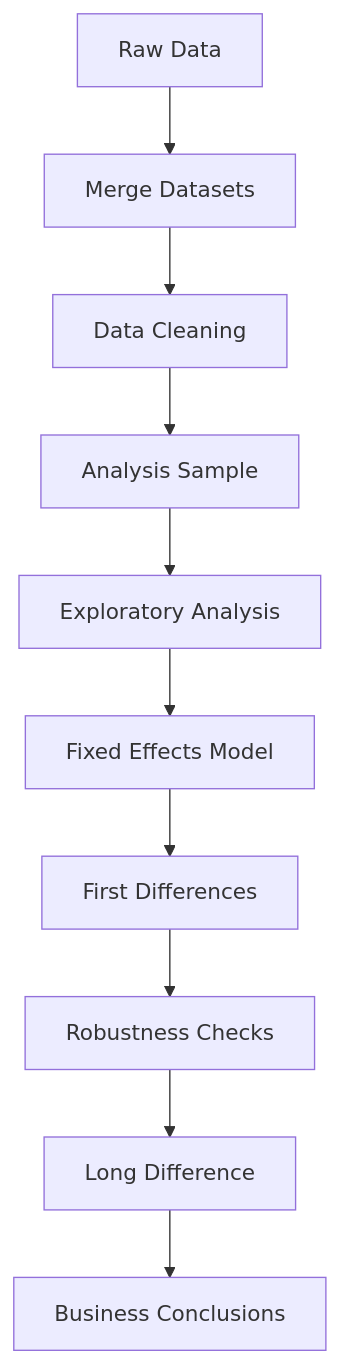
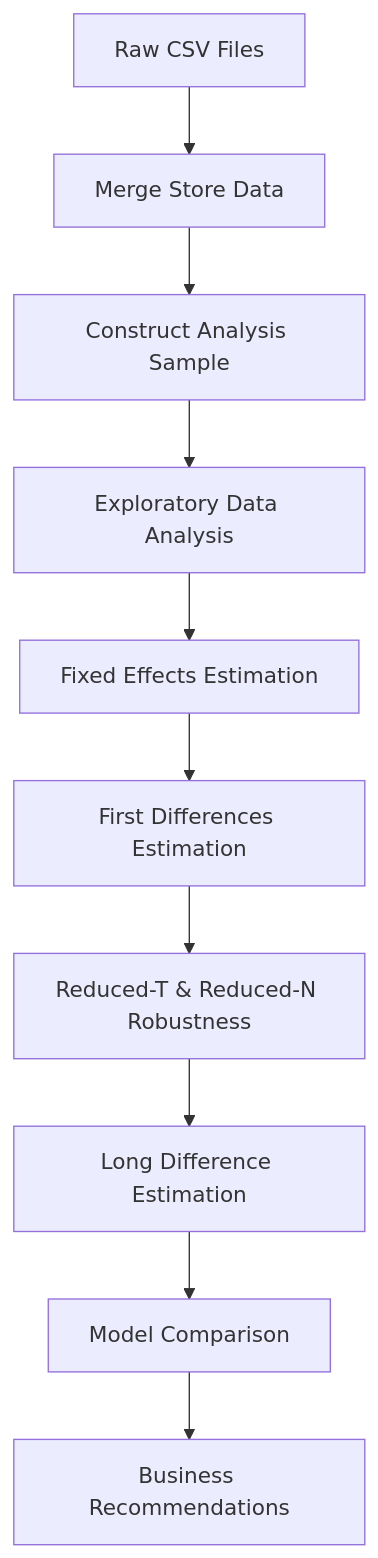
The diagram in README.md (papavrontosk/retail-ai-causal-analysis), drawn with Mermaid before and after one commit.

````diff
--- a/README.md
+++ b/README.md
@@ -190,13 +190,13 @@
 ```mermaid
 flowchart TD
 
-A[Raw Data] --> B[Merge Datasets]
-B --> C[Data Cleaning]
-C --> D[Analysis Sample]
-D --> E[Exploratory Analysis]
-E --> F[Fixed Effects Model]
-F --> G[First Differences]
-G --> H[Robustness Checks]
-H --> I[Long Difference]
-I --> J[Business Conclusions]
+A[Raw CSV Files] --> B[Merge Store Data]
+B --> C[Construct Analysis Sample]
+C --> D[Exploratory Data Analysis]
+D --> E[Fixed Effects Estimation]
+E --> F[First Differences Estimation]
+F --> G[Reduced-T & Reduced-N Robustness]
+G --> H[Long Difference Estimation]
+H --> I[Model Comparison]
+I --> J[Business Recommendations]
 ```
````
